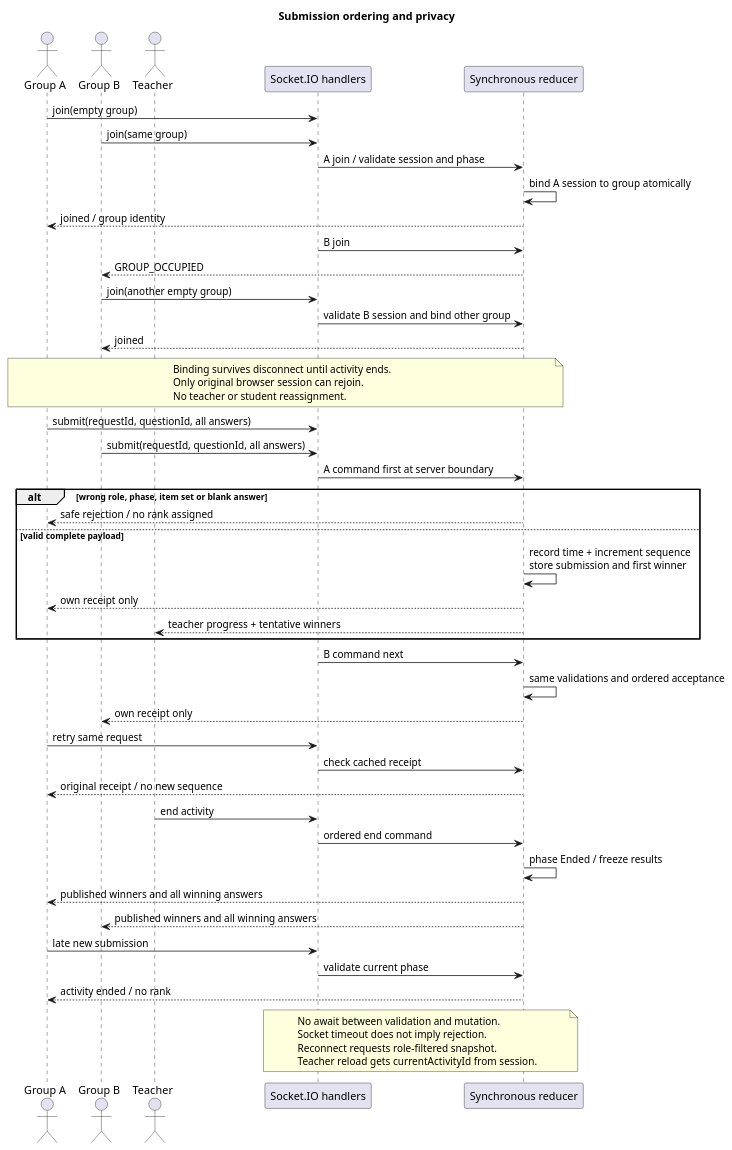
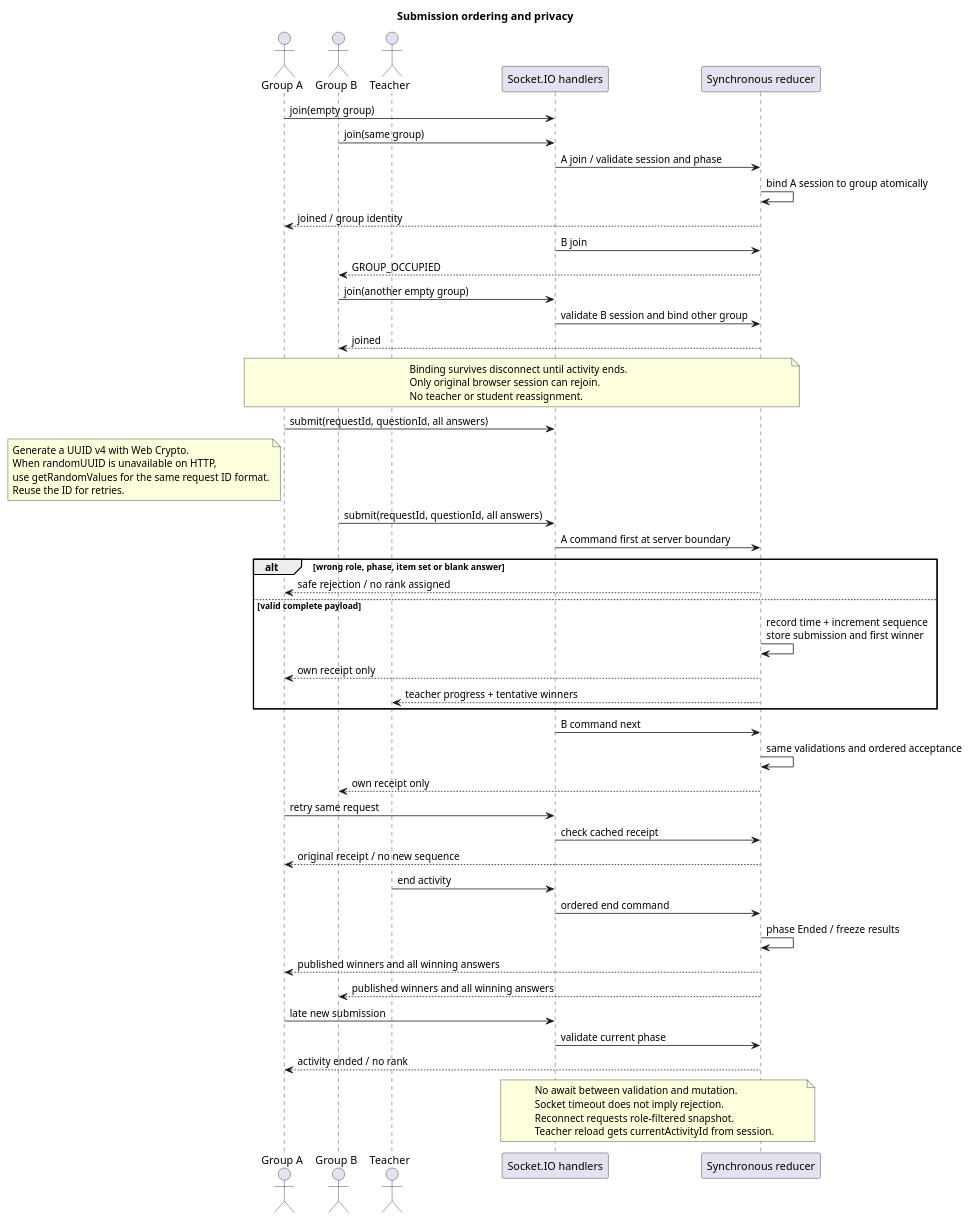
The diagram in specs/001-classroom-sheets-buzzer/diagrams/submission.puml (TsengYuFei/SW_SpecKit), drawn with PlantUML before and after one commit. The commit also changed 17 other files, not shown here.

```diff
--- a/specs/001-classroom-sheets-buzzer/diagrams/submission.puml
+++ b/specs/001-classroom-sheets-buzzer/diagrams/submission.puml
@@ -1,53 +1,59 @@
 @startuml
 title Submission ordering and privacy
 actor "Group A" as A
 actor "Group B" as B
 actor Teacher as T
 participant "Socket.IO handlers" as S
 participant "Synchronous reducer" as R
 A -> S : join(empty group)
 B -> S : join(same group)
 S -> R : A join / validate session and phase
 R -> R : bind A session to group atomically
 R --> A : joined / group identity
 S -> R : B join
 R --> B : GROUP_OCCUPIED
 B -> S : join(another empty group)
 S -> R : validate B session and bind other group
 R --> B : joined
 note over A,R
 Binding survives disconnect until activity ends.
 Only original browser session can rejoin.
 No teacher or student reassignment.
 end note
 A -> S : submit(requestId, questionId, all answers)
+note left of A
+Generate a UUID v4 with Web Crypto.
+When randomUUID is unavailable on HTTP,
+use getRandomValues for the same request ID format.
+Reuse the ID for retries.
+end note
 B -> S : submit(requestId, questionId, all answers)
 S -> R : A command first at server boundary
 alt wrong role, phase, item set or blank answer
  R --> A : safe rejection / no rank assigned
 else valid complete payload
  R -> R : record time + increment sequence\nstore submission and first winner
  R --> A : own receipt only
  R --> T : teacher progress + tentative winners
 end
 S -> R : B command next
 R -> R : same validations and ordered acceptance
 R --> B : own receipt only
 A -> S : retry same request
 S -> R : check cached receipt
 R --> A : original receipt / no new sequence
 T -> S : end activity
 S -> R : ordered end command
 R -> R : phase Ended / freeze results
 R --> A : published winners and all winning answers
 R --> B : published winners and all winning answers
 A -> S : late new submission
 S -> R : validate current phase
 R --> A : activity ended / no rank
 note over S,R
 No await between validation and mutation.
 Socket timeout does not imply rejection.
 Reconnect requests role-filtered snapshot.
 Teacher reload gets currentActivityId from session.
 end note
 @enduml
```
